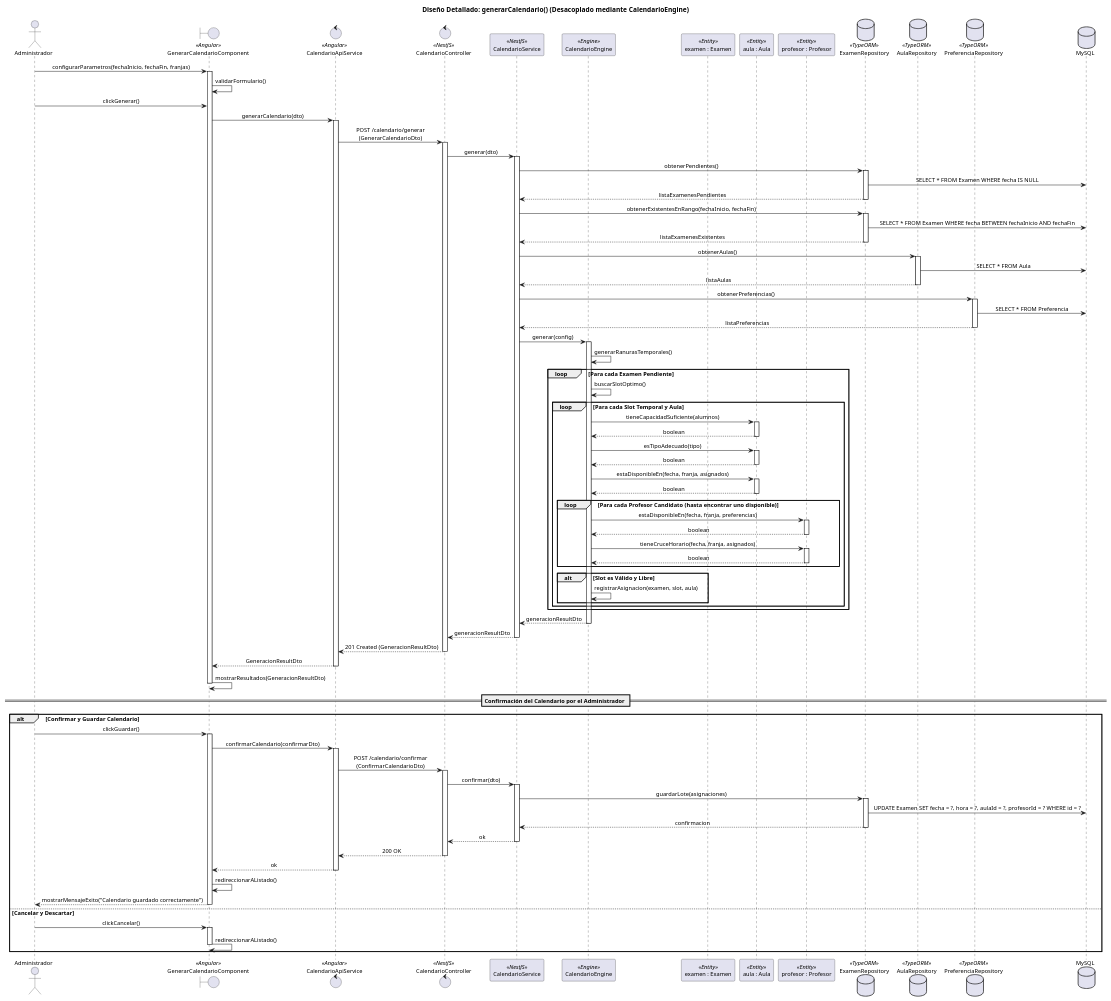
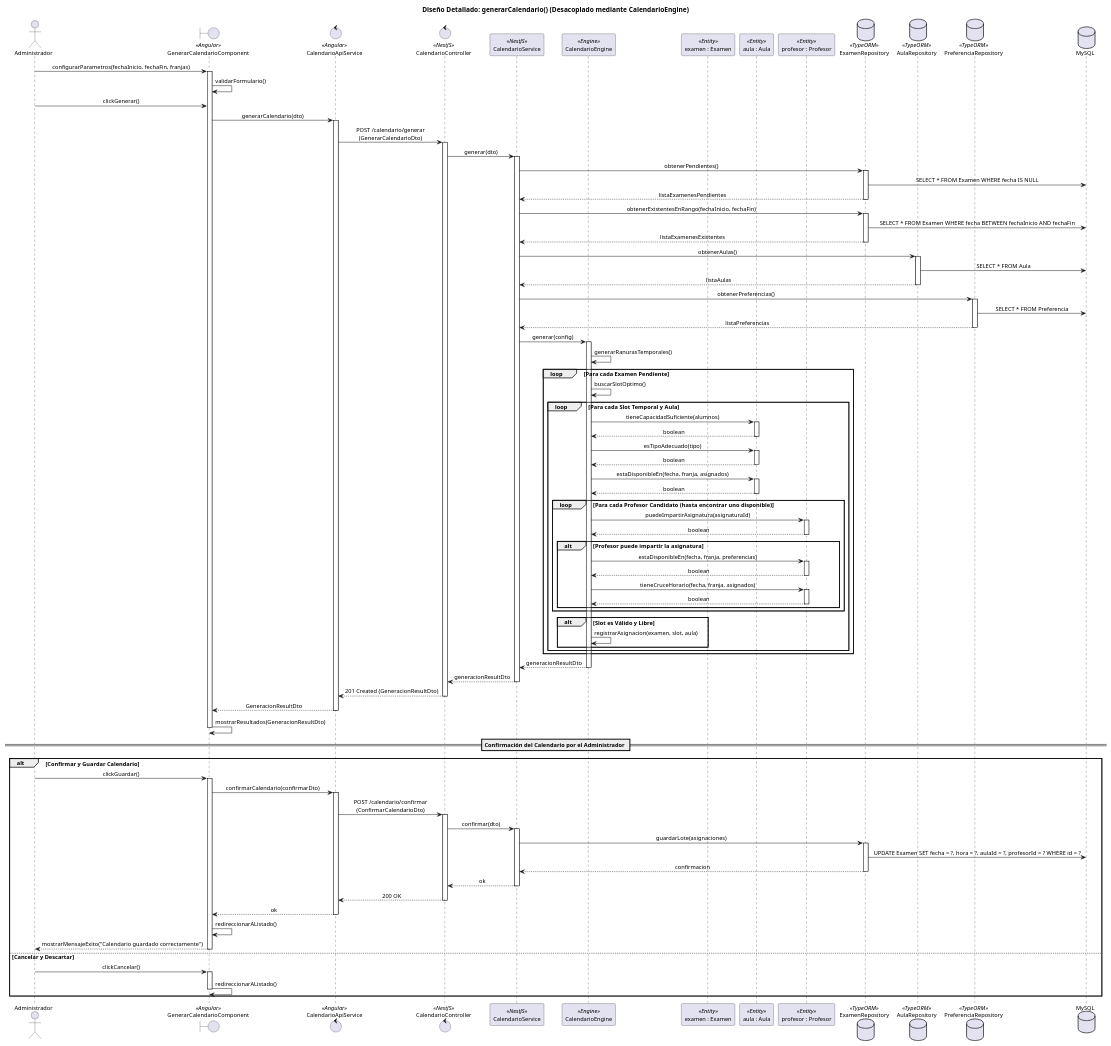
One commit to carlos-alvarado-25/25-26-idsw2-sdVC changed the diagram in modelosUML/02-diseño/casos-uso/generarCalendario/secuencia.puml. Above: the diagram before and after it, drawn with PlantUML. The commit also changed 27 other files, not shown here.

```diff
--- a/modelosUML/02-diseño/casos-uso/generarCalendario/secuencia.puml
+++ b/modelosUML/02-diseño/casos-uso/generarCalendario/secuencia.puml
@@ -1,159 +1,166 @@
 @startuml secuencia
 skinparam backgroundColor white
 skinparam shadowing false
 skinparam DefaultFontColor black
 skinparam DefaultFontSize 12
 skinparam sequenceMessageAlign center
 
 title Diseño Detallado: generarCalendario() (Desacoplado mediante CalendarioEngine)
 
 actor Administrador as Actor
 boundary GenerarCalendarioComponent <<Angular>>
 control CalendarioApiService <<Angular>>
 control CalendarioController <<NestJS>>
 participant CalendarioService <<NestJS>>
 participant CalendarioEngine <<Engine>>
 participant "examen : Examen" as Examen <<Entity>>
 participant "aula : Aula" as Aula <<Entity>>
 participant "profesor : Profesor" as Profesor <<Entity>>
 database ExamenRepository <<TypeORM>>
 database AulaRepository <<TypeORM>>
 database PreferenciaRepository <<TypeORM>>
 database MySQL as DB
 
 Actor -> GenerarCalendarioComponent : configurarParametros(fechaInicio, fechaFin, franjas)
 activate GenerarCalendarioComponent
 GenerarCalendarioComponent -> GenerarCalendarioComponent : validarFormulario()
 Actor -> GenerarCalendarioComponent : clickGenerar()
 
 GenerarCalendarioComponent -> CalendarioApiService : generarCalendario(dto)
 activate CalendarioApiService
 
 CalendarioApiService -> CalendarioController : POST /calendario/generar\n(GenerarCalendarioDto)
 activate CalendarioController
 
 CalendarioController -> CalendarioService : generar(dto)
 activate CalendarioService
 
 CalendarioService -> ExamenRepository : obtenerPendientes()
 activate ExamenRepository
 ExamenRepository -> DB : SELECT * FROM Examen WHERE fecha IS NULL
 ExamenRepository --> CalendarioService : listaExamenesPendientes
 deactivate ExamenRepository
 
 CalendarioService -> ExamenRepository : obtenerExistentesEnRango(fechaInicio, fechaFin)
 activate ExamenRepository
 ExamenRepository -> DB : SELECT * FROM Examen WHERE fecha BETWEEN fechaInicio AND fechaFin
 ExamenRepository --> CalendarioService : listaExamenesExistentes
 deactivate ExamenRepository
 
 CalendarioService -> AulaRepository : obtenerAulas()
 activate AulaRepository
 AulaRepository -> DB : SELECT * FROM Aula
 AulaRepository --> CalendarioService : listaAulas
 deactivate AulaRepository
 
 CalendarioService -> PreferenciaRepository : obtenerPreferencias()
 activate PreferenciaRepository
 PreferenciaRepository -> DB : SELECT * FROM Preferencia
 PreferenciaRepository --> CalendarioService : listaPreferencias
 deactivate PreferenciaRepository
 
 CalendarioService -> CalendarioEngine : generar(config)
 activate CalendarioEngine
 
 CalendarioEngine -> CalendarioEngine : generarRanurasTemporales()
 
 loop Para cada Examen Pendiente
     CalendarioEngine -> CalendarioEngine : buscarSlotOptimo()
     
     loop Para cada Slot Temporal y Aula
         CalendarioEngine -> Aula : tieneCapacidadSuficiente(alumnos)
         activate Aula
         Aula --> CalendarioEngine : boolean
         deactivate Aula
         
         CalendarioEngine -> Aula : esTipoAdecuado(tipo)
         activate Aula
         Aula --> CalendarioEngine : boolean
         deactivate Aula
         
         CalendarioEngine -> Aula : estaDisponibleEn(fecha, franja, asignados)
         activate Aula
         Aula --> CalendarioEngine : boolean
         deactivate Aula
         
         loop Para cada Profesor Candidato (hasta encontrar uno disponible)
-            CalendarioEngine -> Profesor : estaDisponibleEn(fecha, franja, preferencias)
+            CalendarioEngine -> Profesor : puedeImpartirAsignatura(asignaturaId)
             activate Profesor
             Profesor --> CalendarioEngine : boolean
             deactivate Profesor
             
-            CalendarioEngine -> Profesor : tieneCruceHorario(fecha, franja, asignados)
-            activate Profesor
-            Profesor --> CalendarioEngine : boolean
-            deactivate Profesor
+            alt Profesor puede impartir la asignatura
+                CalendarioEngine -> Profesor : estaDisponibleEn(fecha, franja, preferencias)
+                activate Profesor
+                Profesor --> CalendarioEngine : boolean
+                deactivate Profesor
+                
+                CalendarioEngine -> Profesor : tieneCruceHorario(fecha, franja, asignados)
+                activate Profesor
+                Profesor --> CalendarioEngine : boolean
+                deactivate Profesor
+            end
         end
         
         alt Slot es Válido y Libre
             CalendarioEngine -> CalendarioEngine : registrarAsignacion(examen, slot, aula)
         end
     end
 end
 
 CalendarioEngine --> CalendarioService : generacionResultDto
 deactivate CalendarioEngine
 
 CalendarioService --> CalendarioController : generacionResultDto
 deactivate CalendarioService
 
 CalendarioController --> CalendarioApiService : 201 Created (GeneracionResultDto)
 deactivate CalendarioController
 
 CalendarioApiService --> GenerarCalendarioComponent : GeneracionResultDto
 deactivate CalendarioApiService
 
 GenerarCalendarioComponent -> GenerarCalendarioComponent : mostrarResultados(GeneracionResultDto)
 deactivate GenerarCalendarioComponent
 
 == Confirmación del Calendario por el Administrador ==
 
 alt Confirmar y Guardar Calendario
     Actor -> GenerarCalendarioComponent : clickGuardar()
     activate GenerarCalendarioComponent
     
     GenerarCalendarioComponent -> CalendarioApiService : confirmarCalendario(confirmarDto)
     activate CalendarioApiService
     
     CalendarioApiService -> CalendarioController : POST /calendario/confirmar\n(ConfirmarCalendarioDto)
     activate CalendarioController
     
     CalendarioController -> CalendarioService : confirmar(dto)
     activate CalendarioService
     
     CalendarioService -> ExamenRepository : guardarLote(asignaciones)
     activate ExamenRepository
     ExamenRepository -> DB : UPDATE Examen SET fecha = ?, hora = ?, aulaId = ?, profesorId = ? WHERE id = ?
     ExamenRepository --> CalendarioService : confirmacion
     deactivate ExamenRepository
     
     CalendarioService --> CalendarioController : ok
     deactivate CalendarioService
     
     CalendarioController --> CalendarioApiService : 200 OK
     deactivate CalendarioController
     
     CalendarioApiService --> GenerarCalendarioComponent : ok
     deactivate CalendarioApiService
     
     GenerarCalendarioComponent -> GenerarCalendarioComponent : redireccionarAListado()
     GenerarCalendarioComponent --> Actor : mostrarMensajeExito("Calendario guardado correctamente")
     deactivate GenerarCalendarioComponent
 else Cancelar y Descartar
     Actor -> GenerarCalendarioComponent : clickCancelar()
     activate GenerarCalendarioComponent
     GenerarCalendarioComponent -> GenerarCalendarioComponent : redireccionarAListado()
     deactivate GenerarCalendarioComponent
 end
 
 @enduml
```
